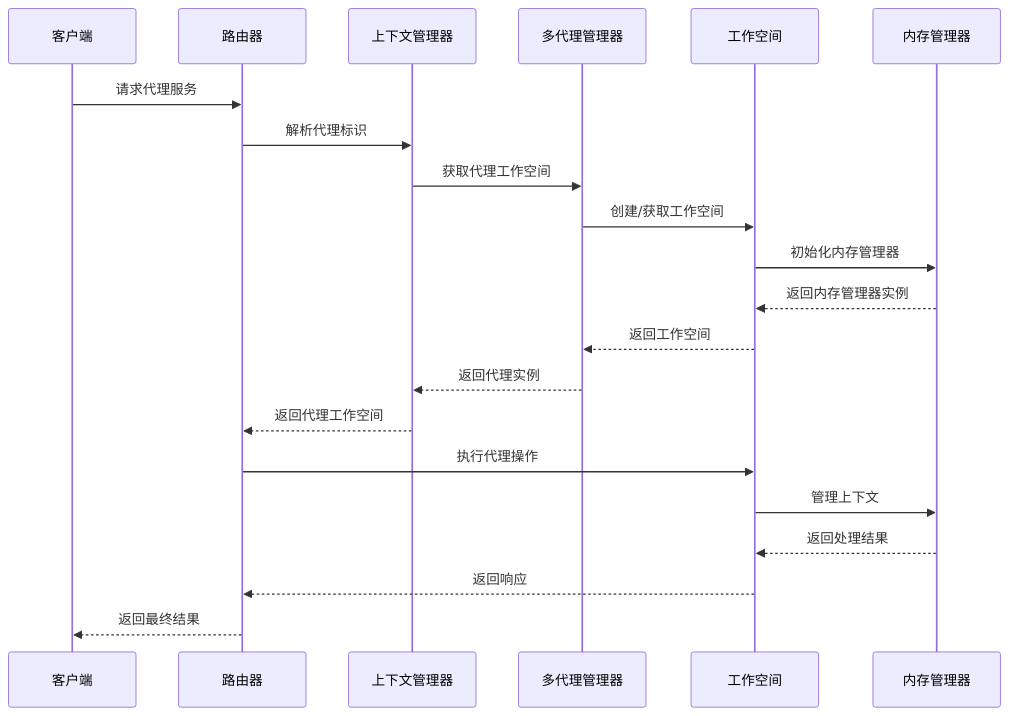
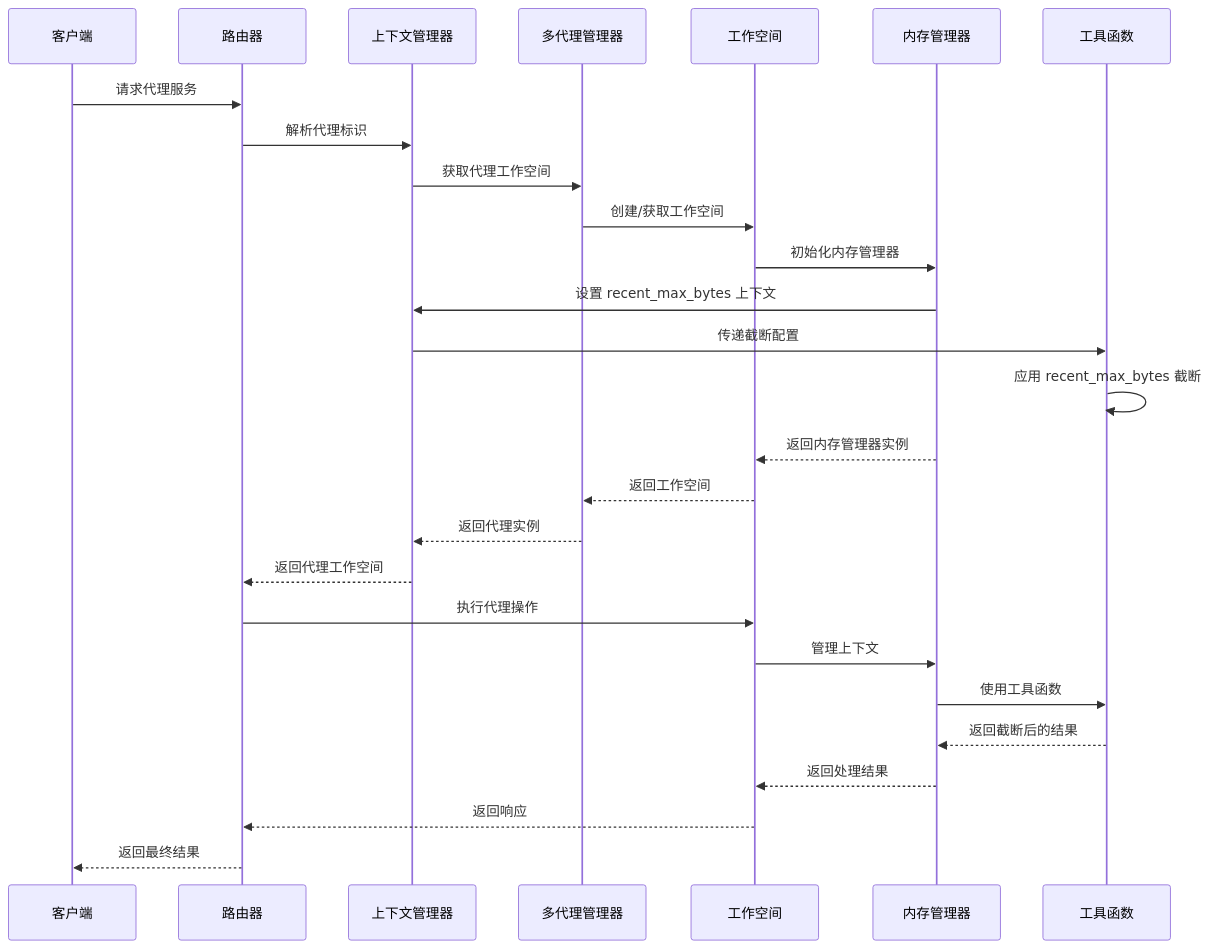
Before and after one commit to livehl/CoPaw: the fourth of 10 diagrams in .qoder/repowiki/zh/content/后端核心模块/上下文管理重构.md, drawn with Mermaid. The commit also changed other lines of this file and 12 other files, not shown here.

````diff
--- a/.qoder/repowiki/zh/content/后端核心模块/上下文管理重构.md
+++ b/.qoder/repowiki/zh/content/后端核心模块/上下文管理重构.md
@@ -176,23 +215,29 @@
 ```mermaid
 sequenceDiagram
 participant Client as 客户端
 participant Router as 路由器
 participant Context as 上下文管理器
 participant Manager as 多代理管理器
 participant Workspace as 工作空间
 participant Memory as 内存管理器
+participant Tools as 工具函数
 Client->>Router : 请求代理服务
 Router->>Context : 解析代理标识
 Context->>Manager : 获取代理工作空间
 Manager->>Workspace : 创建/获取工作空间
 Workspace->>Memory : 初始化内存管理器
+Memory->>Context : 设置 recent_max_bytes 上下文
+Context->>Tools : 传递截断配置
+Tools->>Tools : 应用 recent_max_bytes 截断
 Memory-->>Workspace : 返回内存管理器实例
 Workspace-->>Manager : 返回工作空间
 Manager-->>Context : 返回代理实例
 Context-->>Router : 返回代理工作空间
 Router->>Workspace : 执行代理操作
 Workspace->>Memory : 管理上下文
+Memory->>Tools : 使用工具函数
+Tools-->>Memory : 返回截断后的结果
 Memory-->>Workspace : 返回处理结果
 Workspace-->>Router : 返回响应
 Router-->>Client : 返回最终结果
 ```
````
